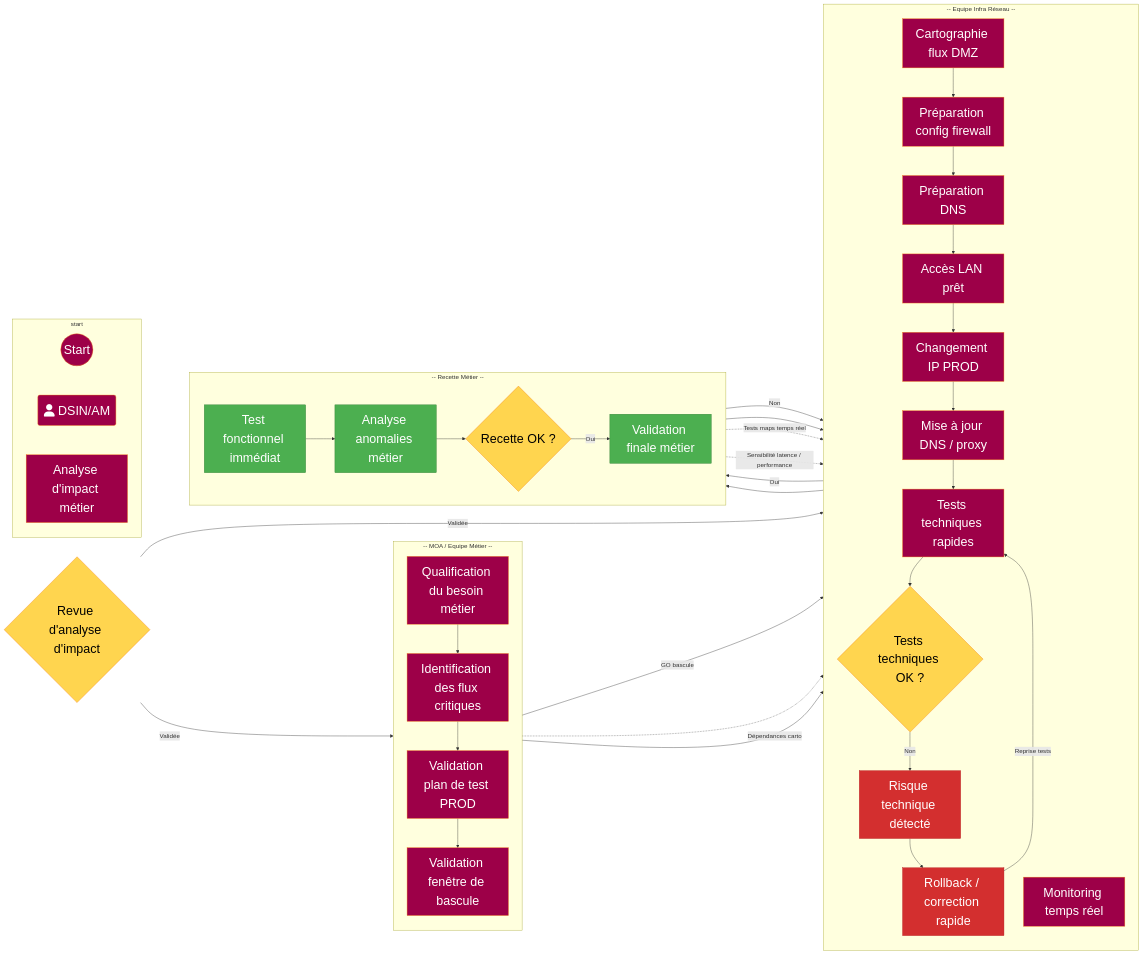
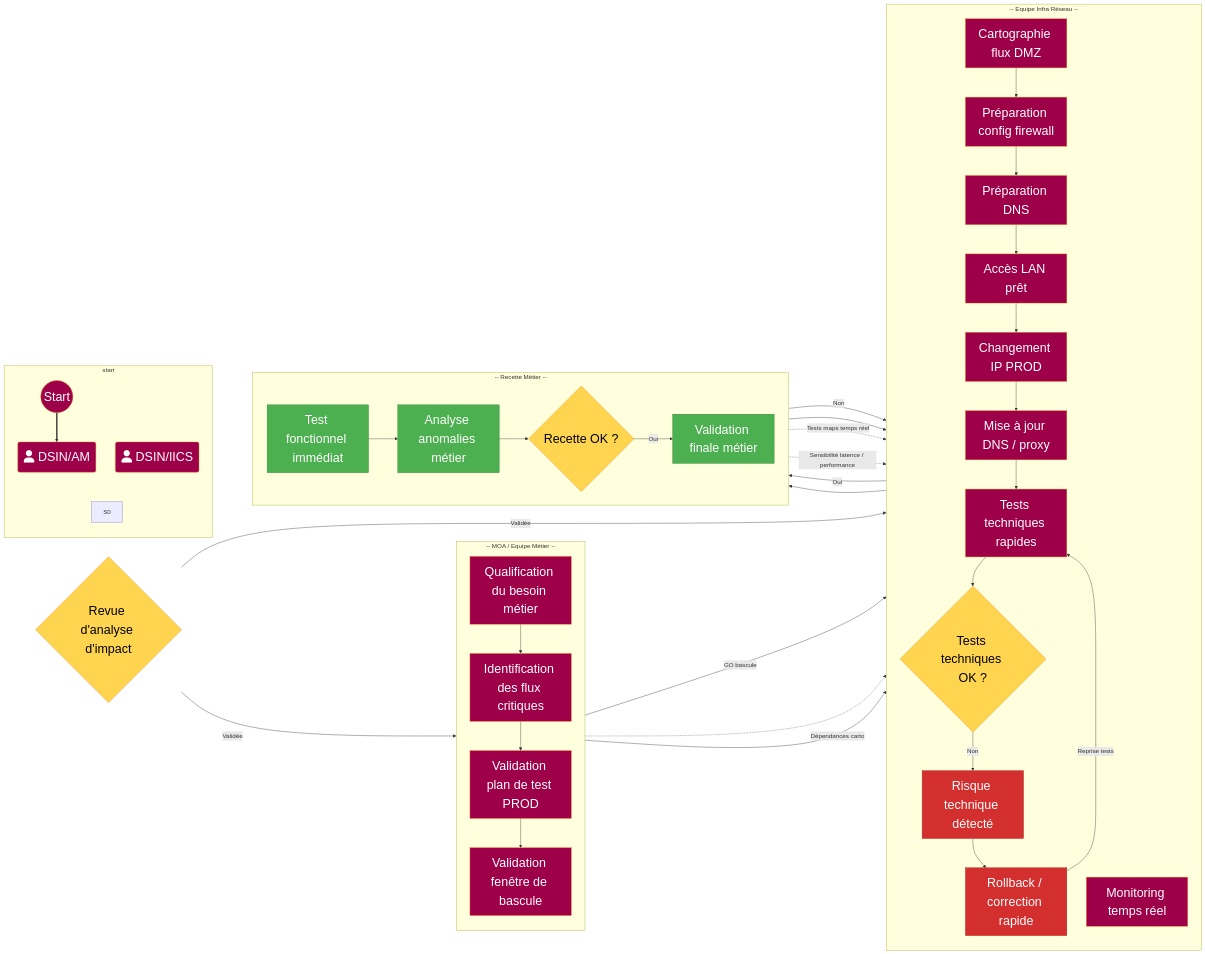
Before and after one commit to fdadda/iodraw-files: the diagram in all/CHANGE IP - Sans Pre-Prod.md, drawn with Mermaid.

Commit message:
2026-06-01 15:26:38 update

```diff
--- a/all/CHANGE IP - Sans Pre-Prod.md
+++ b/all/CHANGE IP - Sans Pre-Prod.md
@@ -9,9 +9,9 @@
 classDef risk fill:#d32f2f,stroke:#b71c1c,color:#ffffff,font-size:32px;
 subgraph start 
 AM(fa:fa-user DSIN/AM):::metier --> S0
-
+IICS(fa:fa-user DSIN/IICS):::infra --> S0
 start((Start)):::metier ==> AM
-    S0["Analyse d'impact métier"]:::metier
+  
    
     
 end 
```
